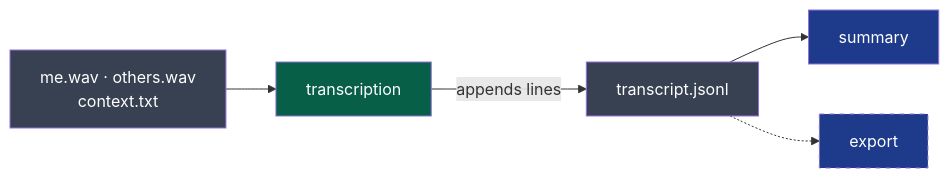
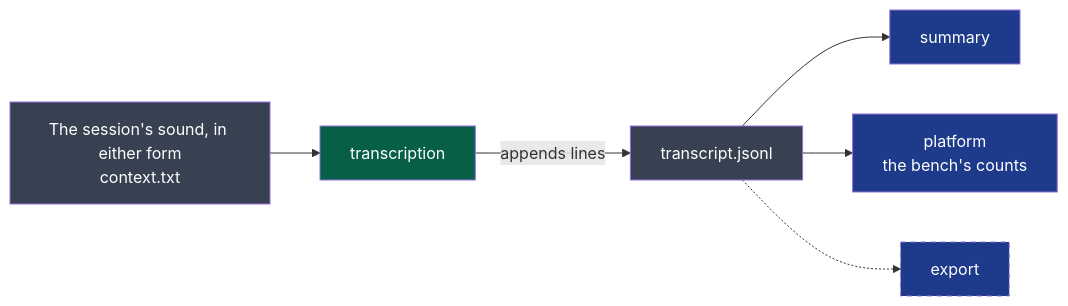
The diagram in contracts/transcript/v1/README.md (NapkinStack/wholeheard), drawn with Mermaid before and after one commit. The commit also changed 4 other files, not shown here.

First line of the commit message:
contracts: recording/v1 carries a schema of its events; a segment's text is held to one line

````diff
--- a/contracts/transcript/v1/README.md
+++ b/contracts/transcript/v1/README.md
@@ -6,12 +6,13 @@
 ```mermaid
 flowchart LR
-    A["me.wav · others.wav<br/>context.txt"]:::file --> T["transcription"]:::producer
+    A["The session's sound, in either form<br/>context.txt"]:::file --> T["transcription"]:::producer
     T -->|"appends lines"| J["transcript.jsonl"]:::file
     J --> S["summary"]:::consumer
+    J --> B["platform<br/>the bench's counts"]:::consumer
     J -.-> E["export"]:::planned
 
     classDef producer fill:#065f46,color:#fff
     classDef consumer fill:#1e3a8a,color:#fff
     classDef file fill:#374151,color:#fff
     classDef planned fill:#1e3a8a,color:#fff,stroke-dasharray: 5 5
 ```
````
